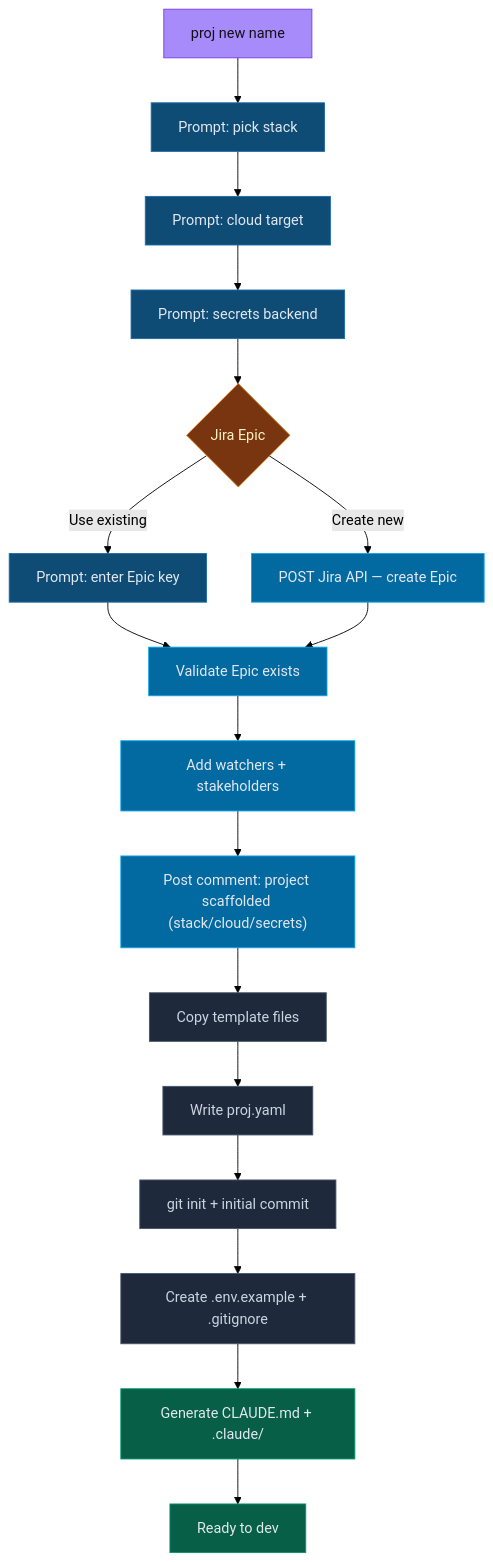
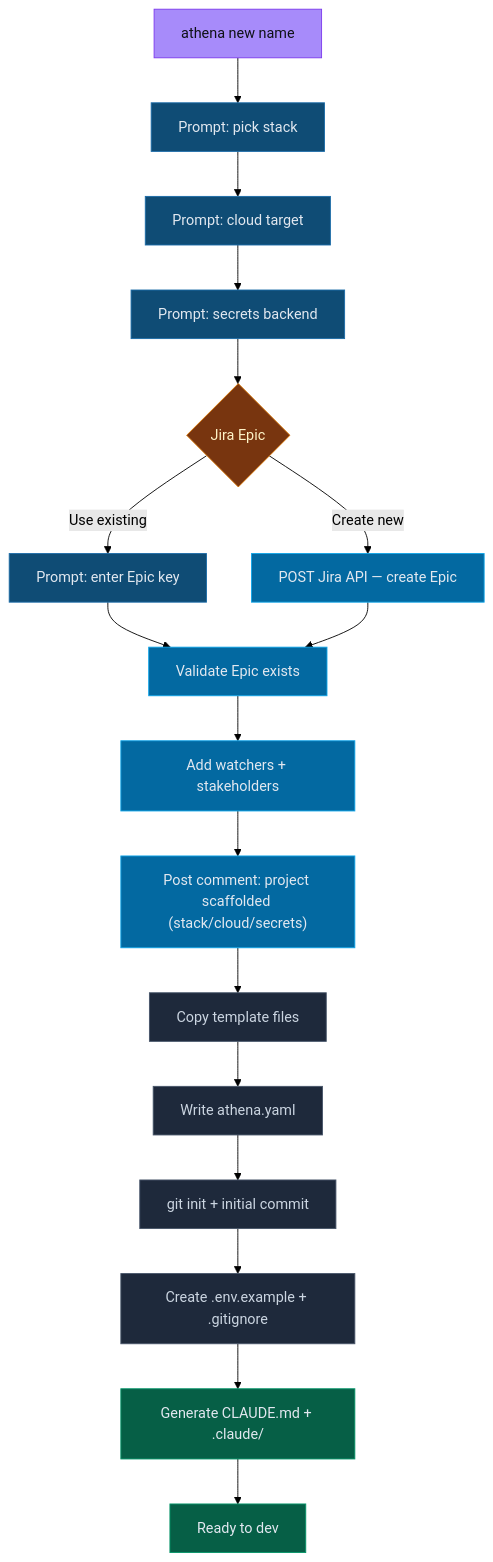
Before and after one commit to erosrage/Athena: the second of 7 diagrams in README.md, drawn with Mermaid (forest theme). The commit also changed other lines of this file and 23 other files, not shown here.

````diff
--- a/README.md
+++ b/README.md
@@ -47,27 +47,27 @@
 ```mermaid
 flowchart TD
-    A["proj new name"]:::entry
+    A["athena new name"]:::entry
     A --> B["Prompt: pick stack"]:::prompt
     B --> C["Prompt: cloud target"]:::prompt
     C --> SB["Prompt: secrets backend"]:::prompt
     SB --> J{"Jira Epic"}:::decision
     J -->|"Use existing"| J1["Prompt: enter Epic key"]:::prompt
     J -->|"Create new"| J2["POST Jira API — create Epic"]:::jira
     J1 --> J3["Validate Epic exists"]:::jira
     J2 --> J3
     J3 --> J4["Add watchers + stakeholders"]:::jira
     J4 --> JC["Post comment: project scaffolded (stack/cloud/secrets)"]:::jira
     JC --> D["Copy template files"]:::action
-    D --> E["Write proj.yaml"]:::action
+    D --> E["Write athena.yaml"]:::action
     E --> F["git init + initial commit"]:::action
     F --> G["Create .env.example + .gitignore"]:::action
     G --> H["Generate CLAUDE.md + .claude/"]:::claude
     H --> Z["Ready to dev"]:::done
     classDef entry fill:#a78bfa,stroke:#7c3aed,color:#0f1117
     classDef prompt fill:#0f4c75,stroke:#1b6ca8,color:#e2e8f0
     classDef action fill:#1e293b,stroke:#475569,color:#cbd5e1
     classDef decision fill:#78350f,stroke:#d97706,color:#fef3c7
     classDef done fill:#065f46,stroke:#059669,color:#e2e8f0
     classDef claude fill:#065f46,stroke:#059669,color:#e2e8f0
     classDef jira fill:#0369a1,stroke:#0ea5e9,color:#e2e8f0
 ```
````
